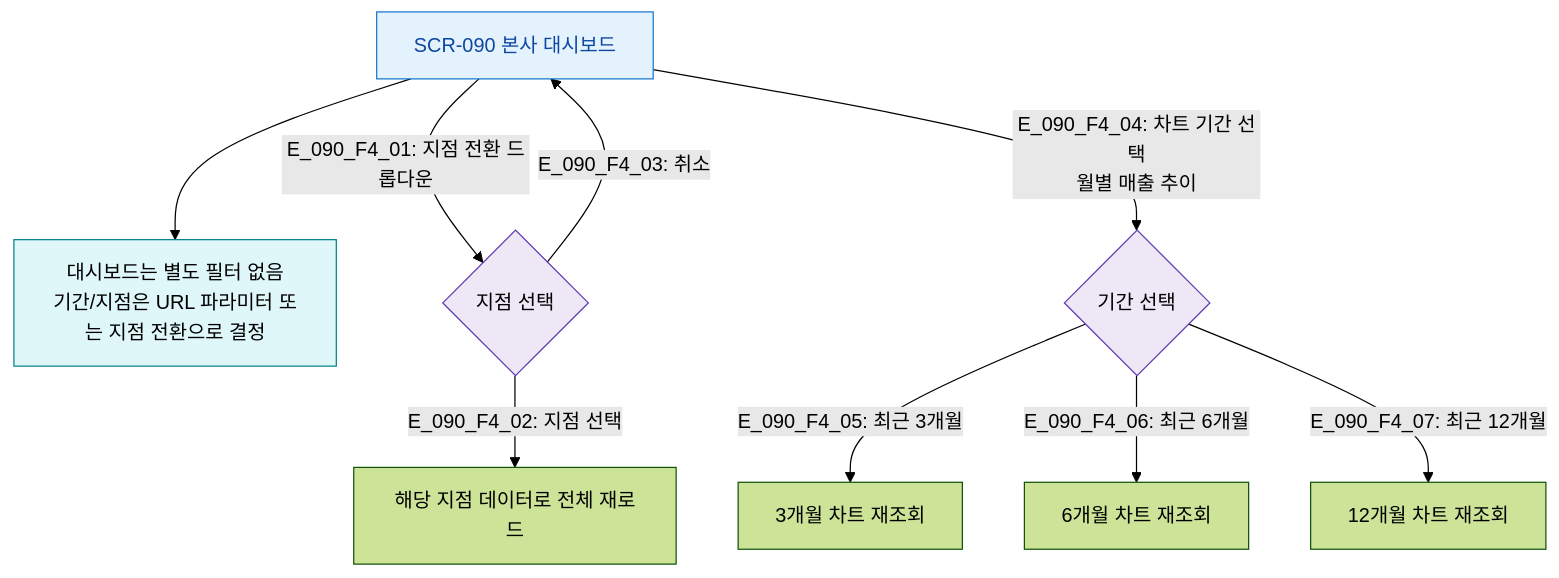
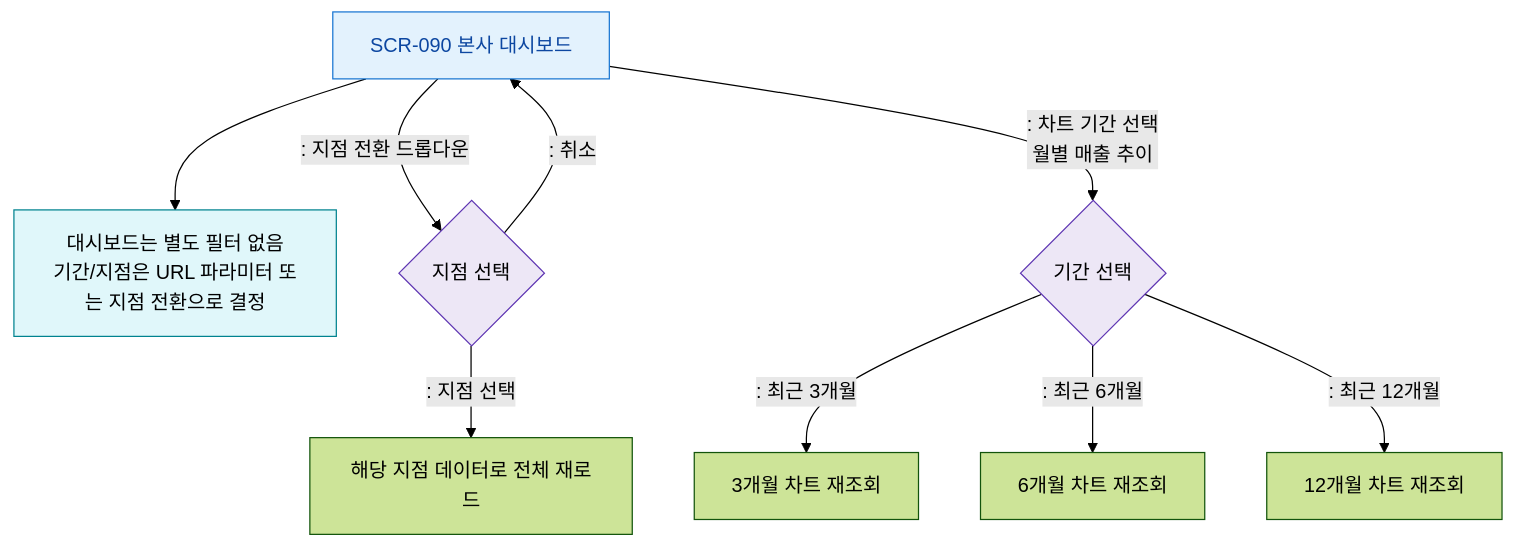
The diagram in docs/다이어그램/D10_본사관리/SCR-090_본사대시보드/F4_필터.md (dev-spogym/admin-pando), drawn with Mermaid (forest theme) before and after one commit. The commit also changed other lines of this file and 1660 other files, not shown here.

First line of the commit message:
다이어그램: 기획자/클라이언트 납품본으로 정리

````diff
--- a/docs/다이어그램/D10_본사관리/SCR-090_본사대시보드/F4_필터.md
+++ b/docs/다이어그램/D10_본사관리/SCR-090_본사대시보드/F4_필터.md
@@ -14,23 +12,23 @@
 ```mermaid
 flowchart TD
   SCR_090[SCR-090 본사 대시보드]
 
   SCR_090 --> FilterNote[대시보드는 별도 필터 없음\n기간/지점은 URL 파라미터 또는 지점 전환으로 결정]
 
-  SCR_090 -->|"E_090_F4_01: 지점 전환 드롭다운"| BranchSwitch{지점 선택}
-  BranchSwitch -->|"E_090_F4_02: 지점 선택"| ReloadDash[해당 지점 데이터로 전체 재로드]
-  BranchSwitch -->|"E_090_F4_03: 취소"| SCR_090
+  SCR_090 -->|": 지점 전환 드롭다운"|BranchSwitch{지점 선택}
+  BranchSwitch -->|": 지점 선택"|ReloadDash[해당 지점 데이터로 전체 재로드]
+  BranchSwitch -->|": 취소"|SCR_090
 
-  SCR_090 -->|"E_090_F4_04: 차트 기간 선택\n월별 매출 추이"| ChartPeriod{기간 선택}
-  ChartPeriod -->|"E_090_F4_05: 최근 3개월"| ChartReload3[3개월 차트 재조회]
-  ChartPeriod -->|"E_090_F4_06: 최근 6개월"| ChartReload6[6개월 차트 재조회]
-  ChartPeriod -->|"E_090_F4_07: 최근 12개월"| ChartReload12[12개월 차트 재조회]
+  SCR_090 -->|": 차트 기간 선택\n월별 매출 추이"|ChartPeriod{기간 선택}
+  ChartPeriod -->|": 최근 3개월"|ChartReload3[3개월 차트 재조회]
+  ChartPeriod -->|": 최근 6개월"|ChartReload6[6개월 차트 재조회]
+  ChartPeriod -->|": 최근 12개월"|ChartReload12[12개월 차트 재조회]
 
   classDef screen fill:#E3F2FD,stroke:#1976D2,color:#0D47A1
   classDef system fill:#EDE7F6,stroke:#5E35B2
   classDef info fill:#E0F7FA,stroke:#00838F
 
   class SCR_090 screen
   class BranchSwitch,ChartPeriod system
   class FilterNote info
 ```
````
